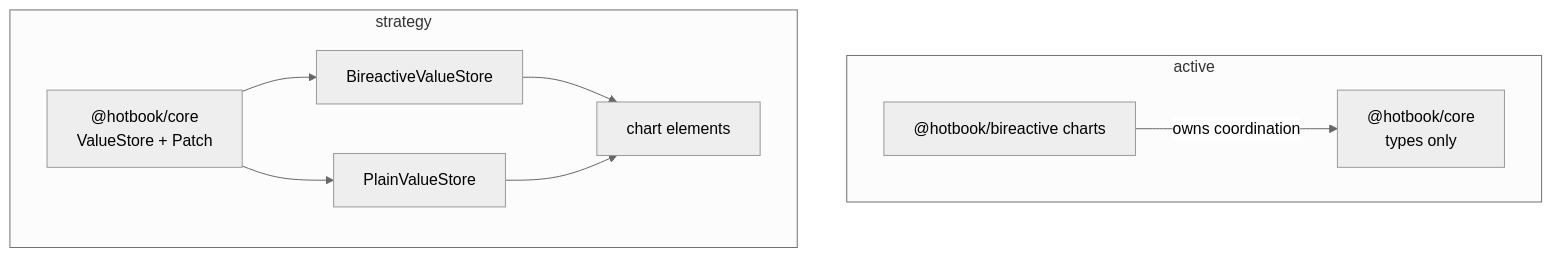
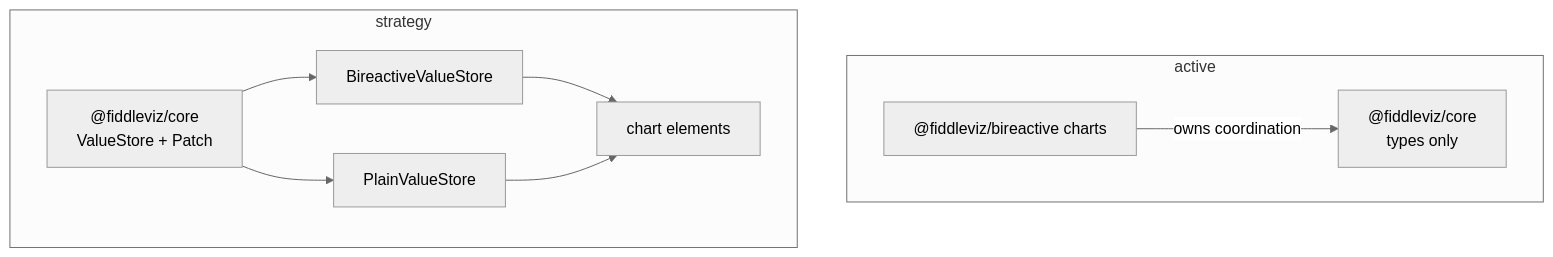
One commit to WinstonFassett/hotbook changed the third of 6 diagrams in wiki/reorg-whiteboard.md. Above: the diagram before and after it, drawn with Mermaid (neutral theme). The commit also changed other lines of this file and 128 other files, not shown here.

````diff
--- a/wiki/reorg-whiteboard.md
+++ b/wiki/reorg-whiteboard.md
@@ -272,13 +272,13 @@
 ```mermaid
 flowchart TB
     subgraph active
-      a1["@hotbook/bireactive charts"] -->|owns coordination| a2["@hotbook/core<br/>types only"]
+      a1["@fiddleviz/bireactive charts"] -->|owns coordination| a2["@fiddleviz/core<br/>types only"]
     end
 
     subgraph strategy
-      f1["@hotbook/core<br/>ValueStore + Patch"] --> f2["BireactiveValueStore"]
+      f1["@fiddleviz/core<br/>ValueStore + Patch"] --> f2["BireactiveValueStore"]
       f1 --> f3["PlainValueStore"]
       f2 --> f4["chart elements"]
       f3 --> f4
     end
 ```
````
